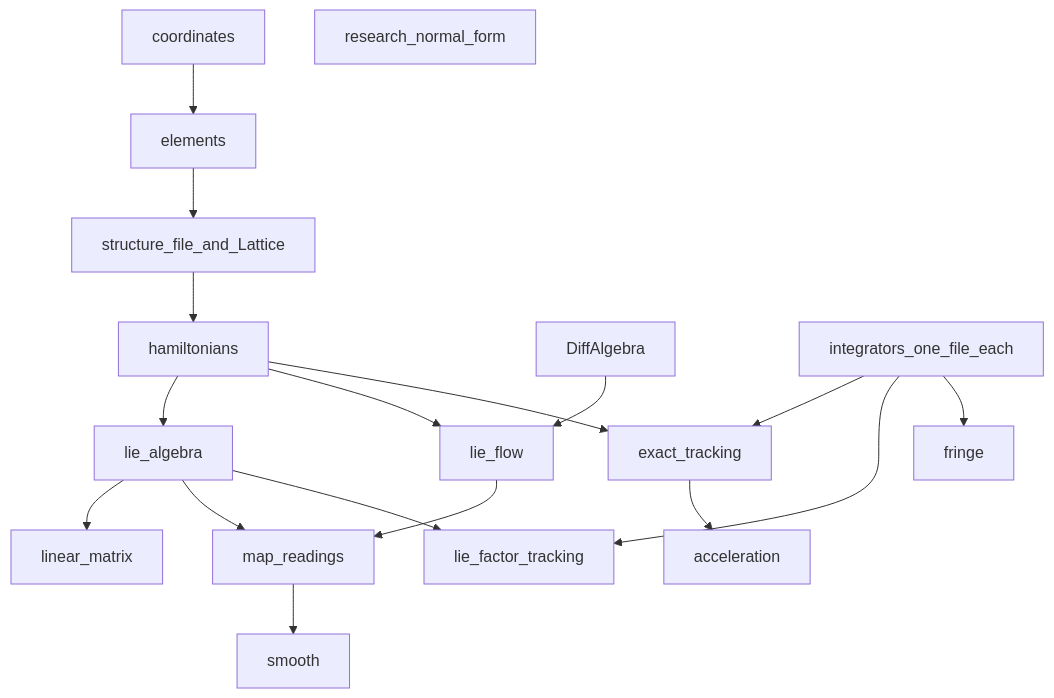
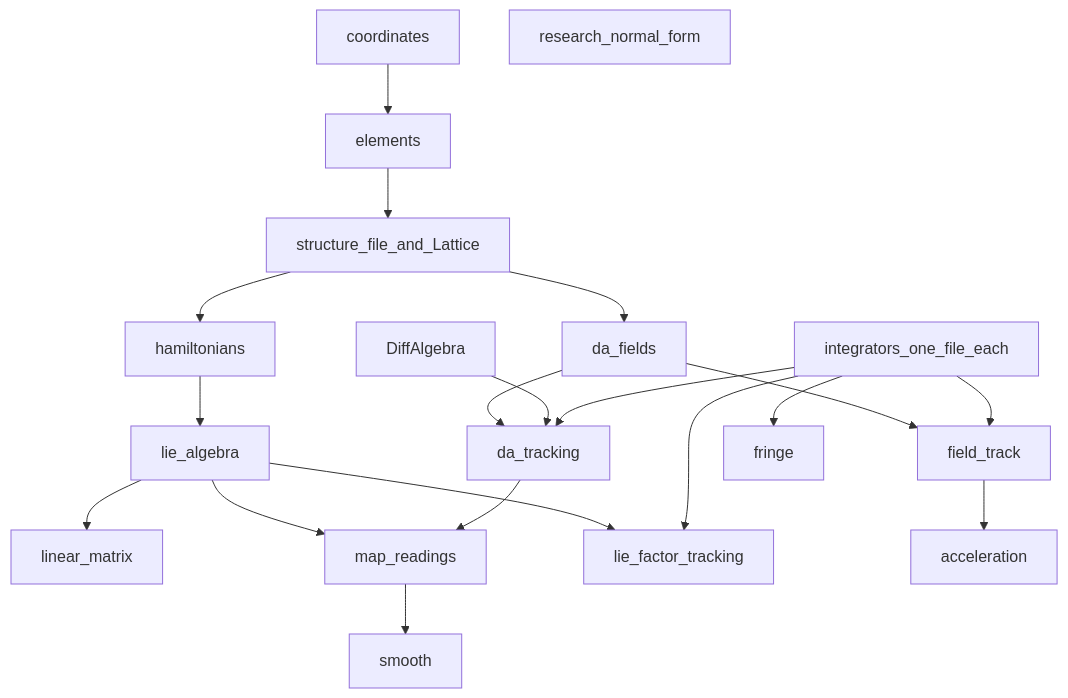
The diagram in docs/src/architecture.md (sergeybell/BELL), drawn with Mermaid before and after one commit. The commit also changed other lines of this file and 14 other files, not shown here.

Commit message:
v0.16 docs: architecture and dev pages for the field/DA split, da_tracking and optimizers pages, HISTORY/CHANGELOG v0.16, remove orphan lie_flow.md

````diff
--- a/docs/src/architecture.md
+++ b/docs/src/architecture.md
@@ -17,32 +12,35 @@
 ```mermaid
 flowchart TD
   coords[coordinates]
   elements[elements]
   structure[structure_file_and_Lattice]
   H[hamiltonians]
+  fields[da_fields]
   da[DiffAlgebra]
   integrators[integrators_one_file_each]
   lie[lie_algebra]
-  flow[lie_flow]
+  datrack[da_tracking]
   linear[linear_matrix]
   readings[map_readings]
   track[lie_factor_tracking]
-  exact[exact_tracking]
+  ftrack[field_track]
   long[smooth]
   fringe[fringe]
-  coords --> elements --> structure --> H
-  H --> lie
-  H --> flow
-  da --> flow
-  integrators --> exact
+  coords --> elements --> structure
+  structure --> H
+  structure --> fields
+  H --> lie --> track
+  fields --> ftrack
+  fields --> datrack
+  da --> datrack
+  integrators --> ftrack
   integrators --> track
+  integrators --> datrack
   integrators --> fringe
-  H --> exact
   lie --> linear
   lie --> readings
-  flow --> readings
-  lie --> track
-  exact --> accel[acceleration]
+  datrack --> readings
+  ftrack --> accel[acceleration]
   readings --> long
   research[research_normal_form]
 ```
````
